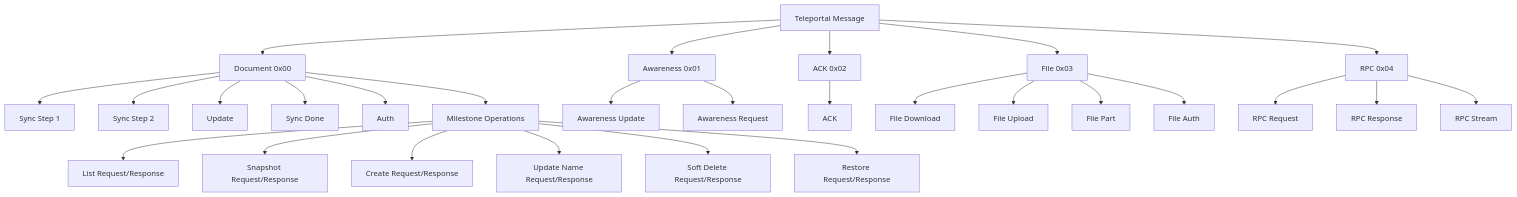
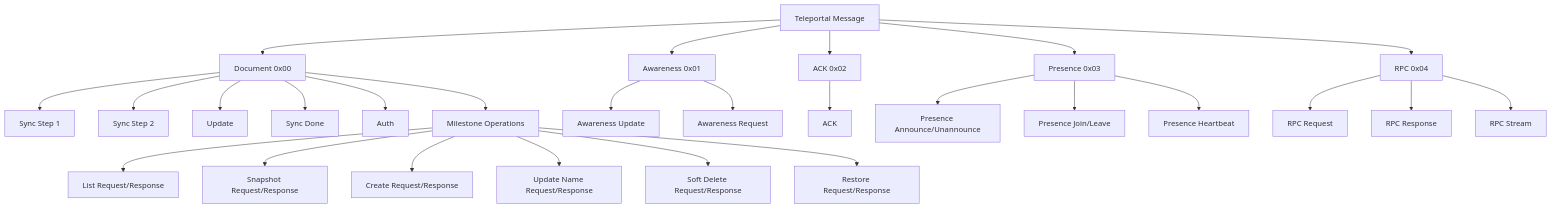
Before and after one commit to nperez0111/teleportal: the second of 19 diagrams in docs/src/content/docs/advanced/protocol.mdx, drawn with Mermaid. The commit also changed other lines of this file and 282 other files, not shown here.

````diff
--- a/docs/src/content/docs/advanced/protocol.mdx
+++ b/docs/src/content/docs/advanced/protocol.mdx
@@ -72,36 +67,35 @@
 ```mermaid
 graph TD
     A[Teleportal Message] --> B[Document 0x00]
     A --> C[Awareness 0x01]
     A --> D[ACK 0x02]
-    A --> E[File 0x03]
+    A --> P[Presence 0x03]
     A --> F[RPC 0x04]
 
     B --> B1[Sync Step 1]
     B --> B2[Sync Step 2]
     B --> B3[Update]
     B --> B4[Sync Done]
     B --> B5[Auth]
     B --> B6[Milestone Operations]
 
     B6 --> B6a[List Request/Response]
     B6 --> B6b[Snapshot Request/Response]
     B6 --> B6c[Create Request/Response]
     B6 --> B6d[Update Name Request/Response]
     B6 --> B6e[Soft Delete Request/Response]
     B6 --> B6f[Restore Request/Response]
 
     C --> C1[Awareness Update]
     C --> C2[Awareness Request]
 
     D --> D1[ACK]
 
-    E --> E1[File Download]
-    E --> E2[File Upload]
-    E --> E3[File Part]
-    E --> E4[File Auth]
+    P --> P1[Presence Announce/Unannounce]
+    P --> P2[Presence Join/Leave]
+    P --> P3[Presence Heartbeat]
 
     F --> F1[RPC Request]
     F --> F2[RPC Response]
     F --> F3[RPC Stream]
 ```
````
